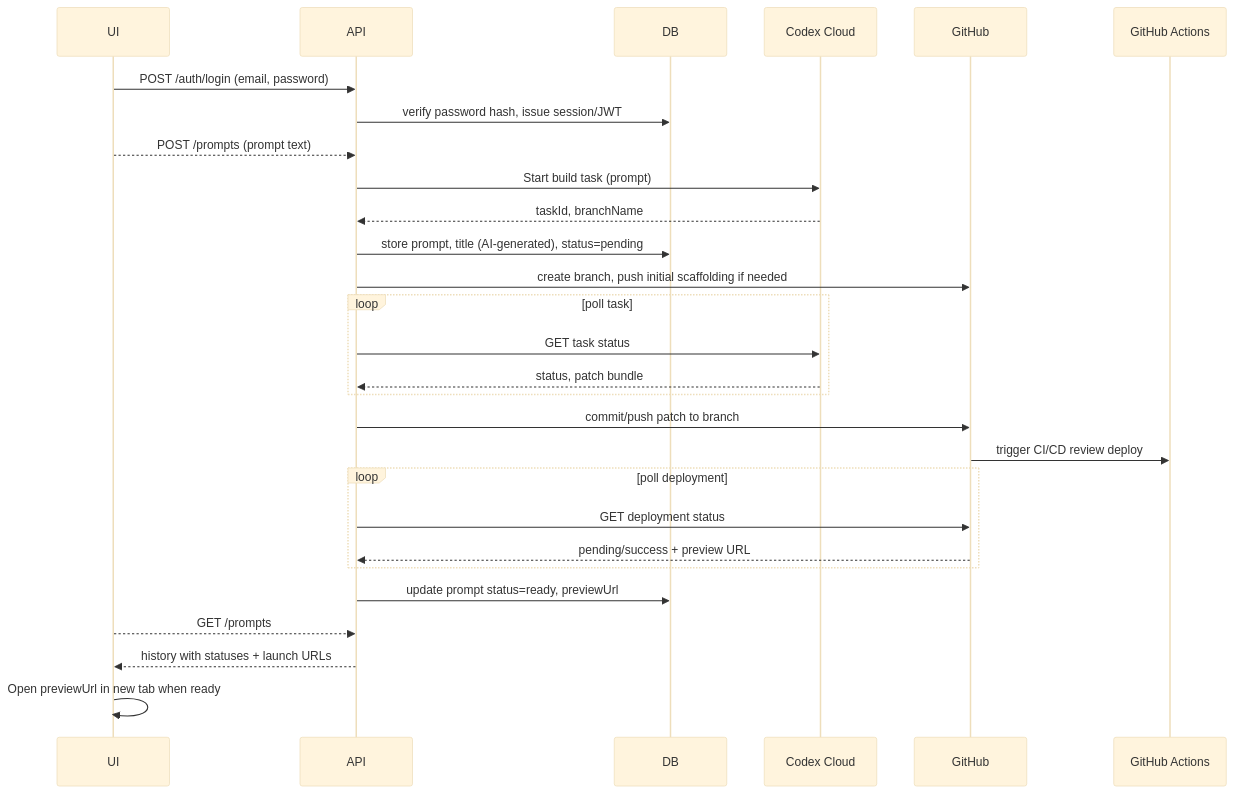
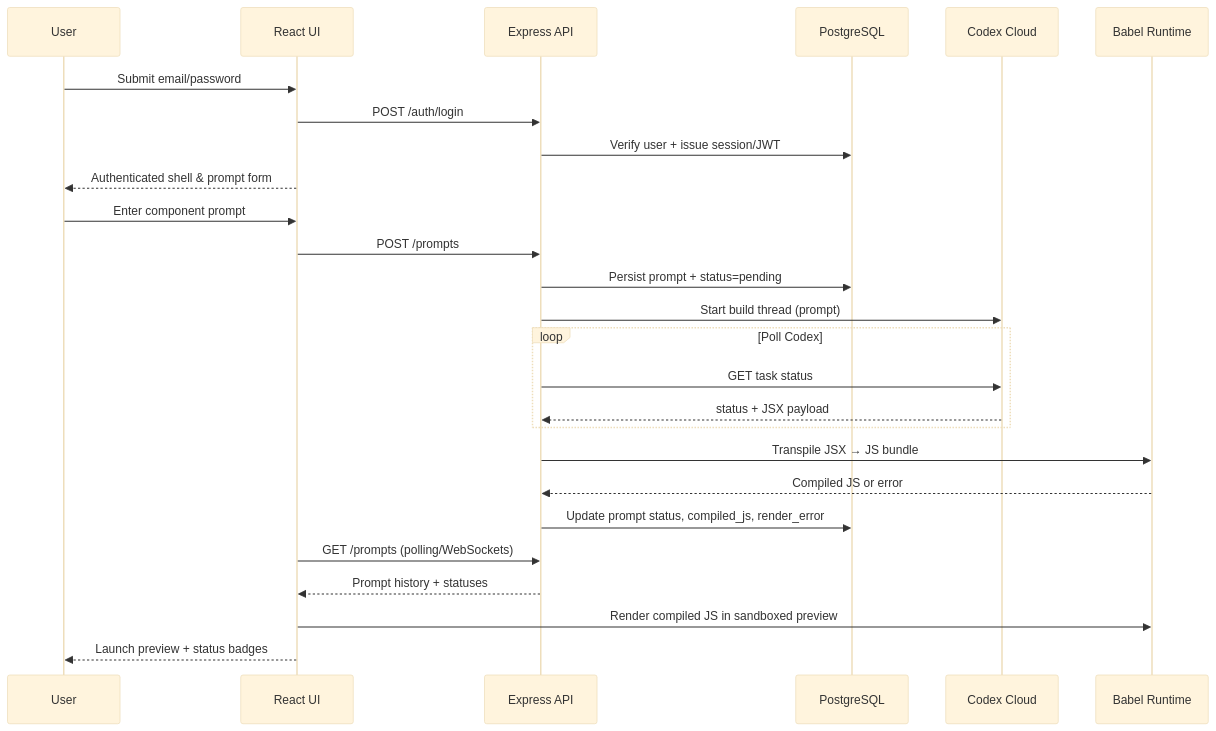
The diagram in docs/PLAN.md (crtaylor243/rapid-prototyper), drawn with Mermaid (base theme) before and after one commit. The commit also changed other lines of this file and 3 other files, not shown here.

````diff
--- a/docs/PLAN.md
+++ b/docs/PLAN.md
@@ -60,31 +66,29 @@
 ```mermaid
 sequenceDiagram
-    participant UI
-    participant API
-    participant DB
+    participant User
+    participant UI as React UI
+    participant API as Express API
+    participant DB as PostgreSQL
     participant Codex as Codex Cloud
-    participant GitHub
-    participant Actions as GitHub Actions
+    participant Babel as Babel Runtime
 
-    UI->>API: POST /auth/login (email, password)
-    API->>DB: verify password hash, issue session/JWT
-    UI-->>API: POST /prompts (prompt text)
-    API->>Codex: Start build task (prompt)
-    Codex-->>API: taskId, branchName
-    API->>DB: store prompt, title (AI-generated), status=pending
-    API->>GitHub: create branch, push initial scaffolding if needed
-    loop poll task
+    User->>UI: Submit email/password
+    UI->>API: POST /auth/login
+    API->>DB: Verify user + issue session/JWT
+    UI-->>User: Authenticated shell & prompt form
+    User->>UI: Enter component prompt
+    UI->>API: POST /prompts
+    API->>DB: Persist prompt + status=pending
+    API->>Codex: Start build thread (prompt)
+    loop Poll Codex
         API->>Codex: GET task status
-        Codex-->>API: status, patch bundle
+        Codex-->>API: status + JSX payload
     end
-    API->>GitHub: commit/push patch to branch
-    GitHub->>Actions: trigger CI/CD review deploy
-    loop poll deployment
-        API->>GitHub: GET deployment status
-        GitHub-->>API: pending/success + preview URL
-    end
-    API->>DB: update prompt status=ready, previewUrl
-    UI-->>API: GET /prompts
-    API-->>UI: history with statuses + launch URLs
-    UI->>UI: Open previewUrl in new tab when ready
+    API->>Babel: Transpile JSX → JS bundle
+    Babel-->>API: Compiled JS or error
+    API->>DB: Update prompt status, compiled_js, render_error
+    UI->>API: GET /prompts (polling/WebSockets)
+    API-->>UI: Prompt history + statuses
+    UI->>Babel: Render compiled JS in sandboxed preview
+    UI-->>User: Launch preview + status badges
 ```
````
